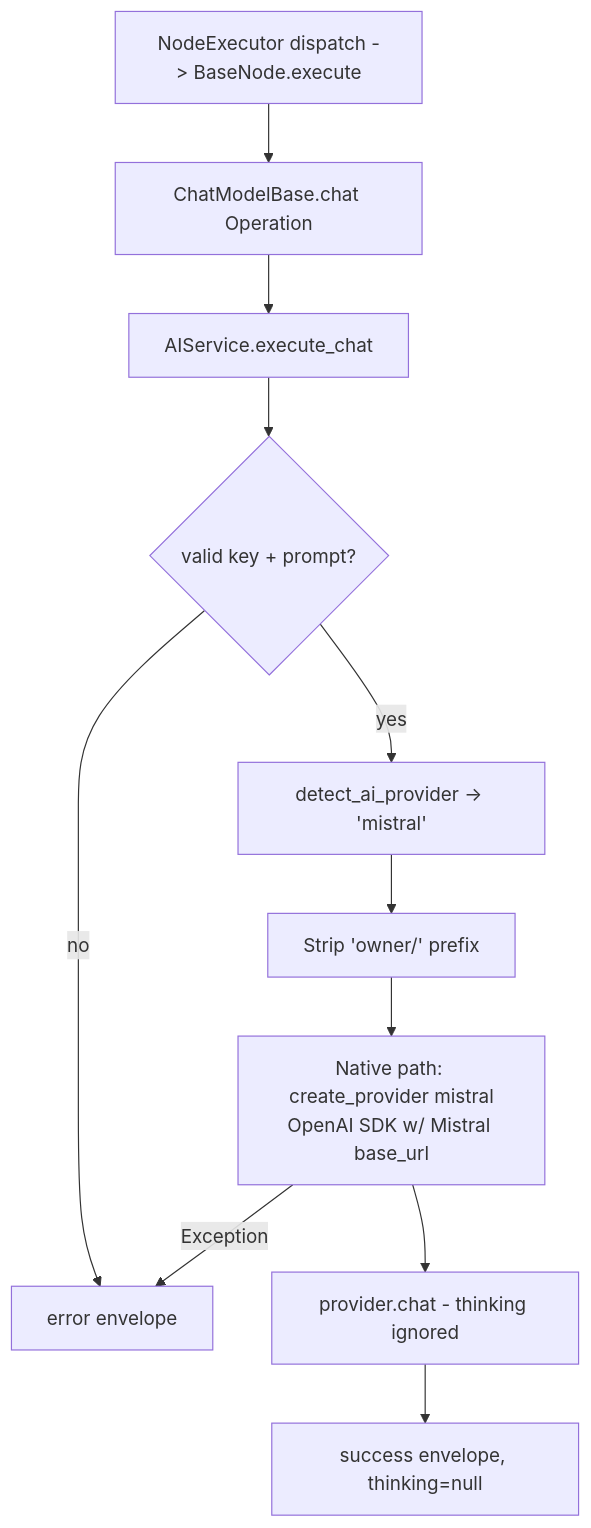
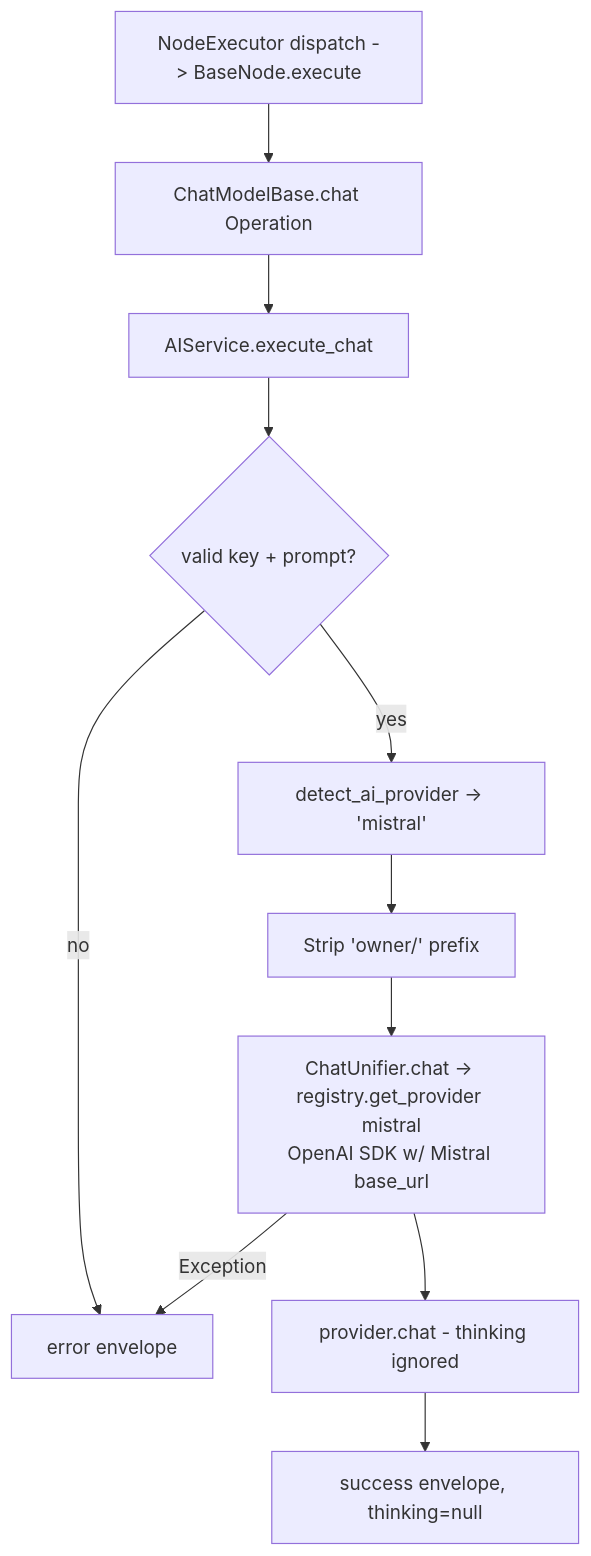
Before and after one commit to zeenie-ai/OpenCompany: the diagram in docs-internal/node-logic-flows/ai_chat_models/mistralChatModel.md, drawn with Mermaid. The commit also changed 39 other files, not shown here.

````diff
--- a/docs-internal/node-logic-flows/ai_chat_models/mistralChatModel.md
+++ b/docs-internal/node-logic-flows/ai_chat_models/mistralChatModel.md
@@ -59,13 +59,13 @@
 ```mermaid
 flowchart TD
   A[NodeExecutor dispatch -> BaseNode.execute] --> B[ChatModelBase.chat Operation]
   B --> C[AIService.execute_chat]
   C --> D{valid key + prompt?}
   D -- no --> X[error envelope]
   D -- yes --> E[detect_ai_provider -> 'mistral']
   E --> F[Strip 'owner/' prefix]
-  F --> G[Native path: create_provider mistral<br/>OpenAI SDK w/ Mistral base_url]
+  F --> G[ChatUnifier.chat -> registry.get_provider mistral<br/>OpenAI SDK w/ Mistral base_url]
   G --> H[provider.chat - thinking ignored]
   H --> I[success envelope, thinking=null]
   G -- Exception --> X
 ```
````
